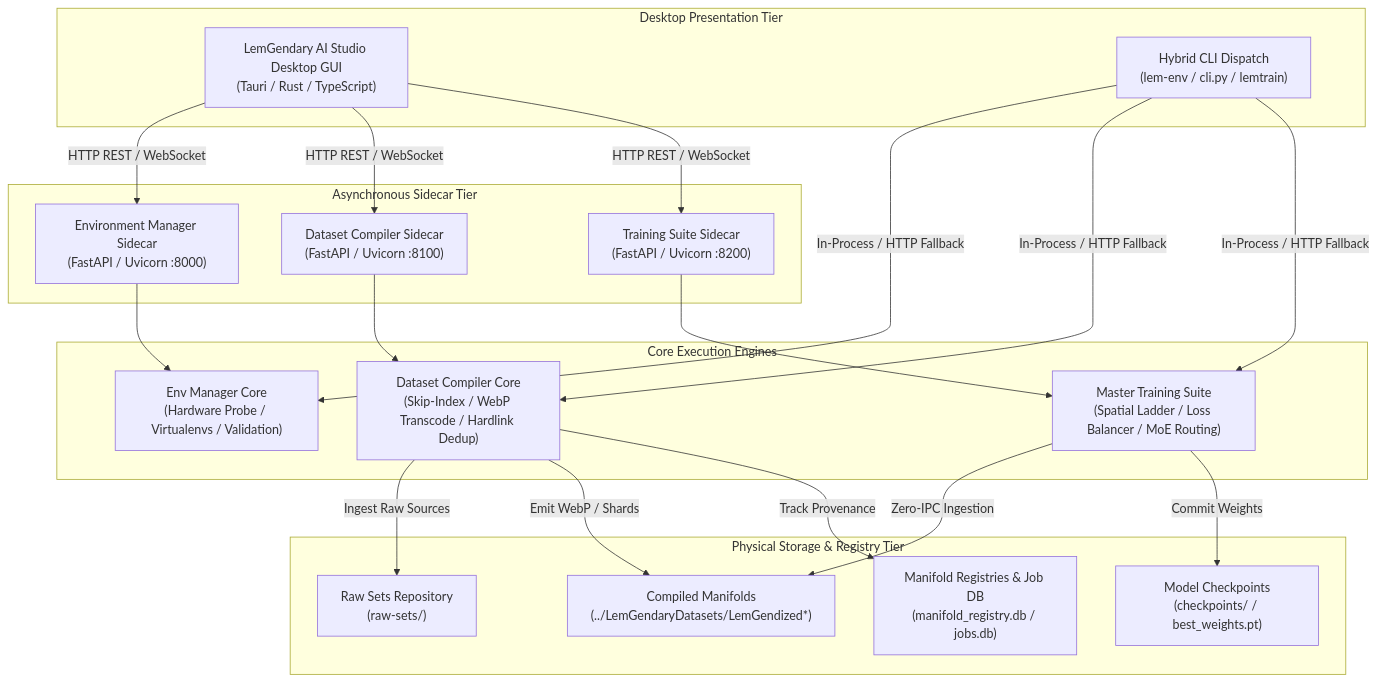
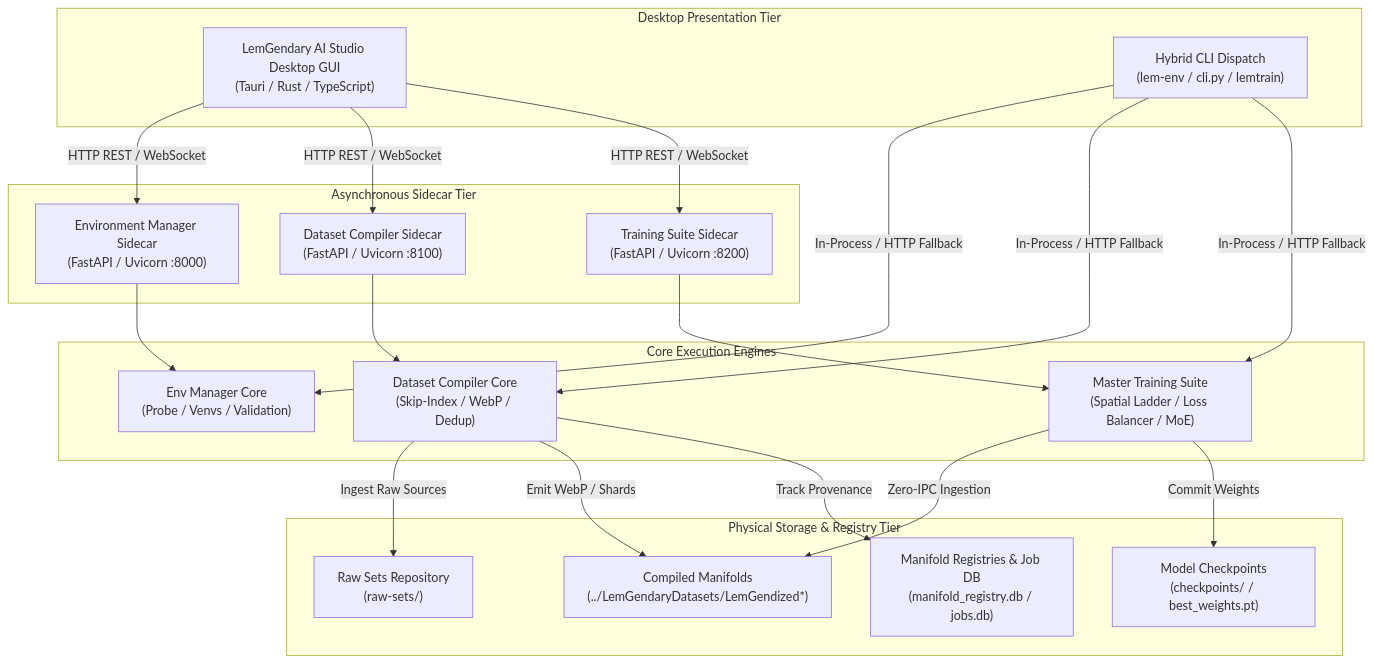
One commit to lemgenda/ai-training-whitepapers changed the diagram in MD-Papers/ECOSYSTEM_ARCHITECTURE.md. Above: the diagram before and after it, drawn with Mermaid. The commit also changed other lines of this file and 4 other files, not shown here.

````diff
--- a/MD-Papers/ECOSYSTEM_ARCHITECTURE.md
+++ b/MD-Papers/ECOSYSTEM_ARCHITECTURE.md
@@ -25,44 +57,44 @@
 ```mermaid
 graph TD
     subgraph UI ["Desktop Presentation Tier"]
         GUI["LemGendary AI Studio Desktop GUI<br/>(Tauri / Rust / TypeScript)"]
         CLI["Hybrid CLI Dispatch<br/>(lem-env / cli.py / lemtrain)"]
     end
 
     subgraph Sidecars ["Asynchronous Sidecar Tier"]
         ENV_API["Environment Manager Sidecar<br/>(FastAPI / Uvicorn :8000)"]
         COMP_API["Dataset Compiler Sidecar<br/>(FastAPI / Uvicorn :8100)"]
         TRAIN_API["Training Suite Sidecar<br/>(FastAPI / Uvicorn :8200)"]
     end
 
     subgraph Engines ["Core Execution Engines"]
-        ENV_ENG["Env Manager Core<br/>(Hardware Probe / Virtualenvs / Validation)"]
-        COMP_ENG["Dataset Compiler Core<br/>(Skip-Index / WebP Transcode / Hardlink Dedup)"]
-        TRAIN_ENG["Master Training Suite<br/>(Spatial Ladder / Loss Balancer / MoE Routing)"]
+        ENV_ENG["Env Manager Core<br/>(Probe / Venvs / Validation)"]
+        COMP_ENG["Dataset Compiler Core<br/>(Skip-Index / WebP / Dedup)"]
+        TRAIN_ENG["Master Training Suite<br/>(Spatial Ladder / Loss Balancer / MoE)"]
     end
 
     subgraph Storage ["Physical Storage & Registry Tier"]
         RAW["Raw Sets Repository<br/>(raw-sets/)"]
         MANIFOLDS["Compiled Manifolds<br/>(../LemGendaryDatasets/LemGendized*)"]
         DB["Manifold Registries & Job DB<br/>(manifold_registry.db / jobs.db)"]
         WEIGHTS["Model Checkpoints<br/>(checkpoints/ / best_weights.pt)"]
     end
 
     GUI -->|HTTP REST / WebSocket| ENV_API
     GUI -->|HTTP REST / WebSocket| COMP_API
     GUI -->|HTTP REST / WebSocket| TRAIN_API
     CLI -->|In-Process / HTTP Fallback| ENV_ENG
     CLI -->|In-Process / HTTP Fallback| COMP_ENG
     CLI -->|In-Process / HTTP Fallback| TRAIN_ENG
 
     ENV_API --> ENV_ENG
     COMP_API --> COMP_ENG
     TRAIN_API --> TRAIN_ENG
 
     COMP_ENG -->|Ingest Raw Sources| RAW
     COMP_ENG -->|Emit WebP / Shards| MANIFOLDS
     COMP_ENG -->|Track Provenance| DB
 
     TRAIN_ENG -->|Zero-IPC Ingestion| MANIFOLDS
     TRAIN_ENG -->|Commit Weights| WEIGHTS
 ```
````
